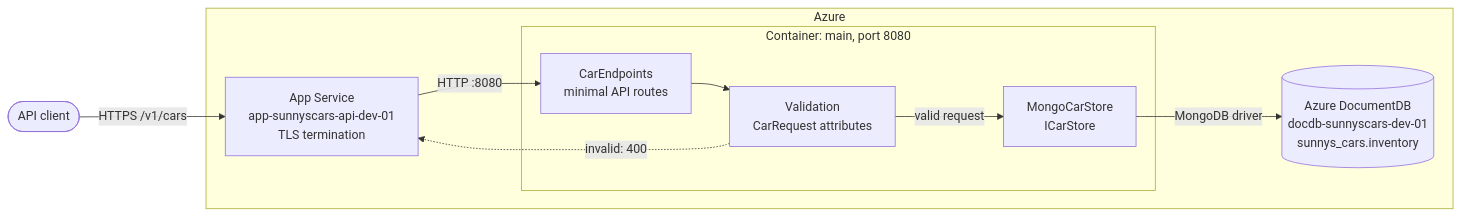
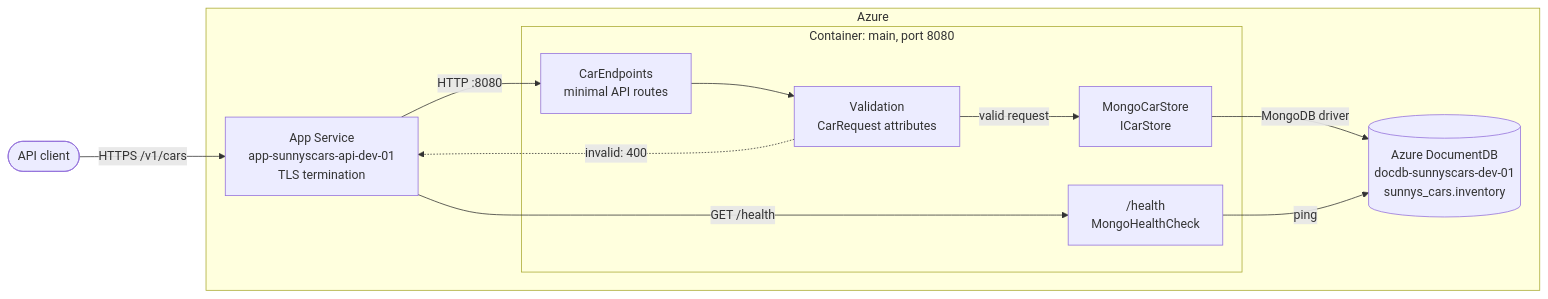
The first of 2 diagrams in README.md (sunny-sidhu/sunnyscars-inventory), drawn with Mermaid before and after one commit. The commit also changed other lines of this file and 9 other files, not shown here.

````diff
--- a/README.md
+++ b/README.md
@@ -47,21 +59,24 @@
 ```mermaid
 flowchart LR
     client(["API client"])
 
     subgraph azure ["Azure"]
         appsvc["App Service<br/>app-sunnyscars-api-dev-01<br/>TLS termination"]
         subgraph container ["Container: main, port 8080"]
             endpoints["CarEndpoints<br/>minimal API routes"]
             validation["Validation<br/>CarRequest attributes"]
             store["MongoCarStore<br/>ICarStore"]
+            health["/health<br/>MongoHealthCheck"]
         end
         docdb[("Azure DocumentDB<br/>docdb-sunnyscars-dev-01<br/>sunnys_cars.inventory")]
     end
 
     client -- "HTTPS /v1/cars" --> appsvc
     appsvc -- "HTTP :8080" --> endpoints
     endpoints --> validation
     validation -- "valid request" --> store
     validation -. "invalid: 400" .-> appsvc
     store -- "MongoDB driver" --> docdb
+    appsvc -- "GET /health" --> health
+    health -- "ping" --> docdb
 ```
````
